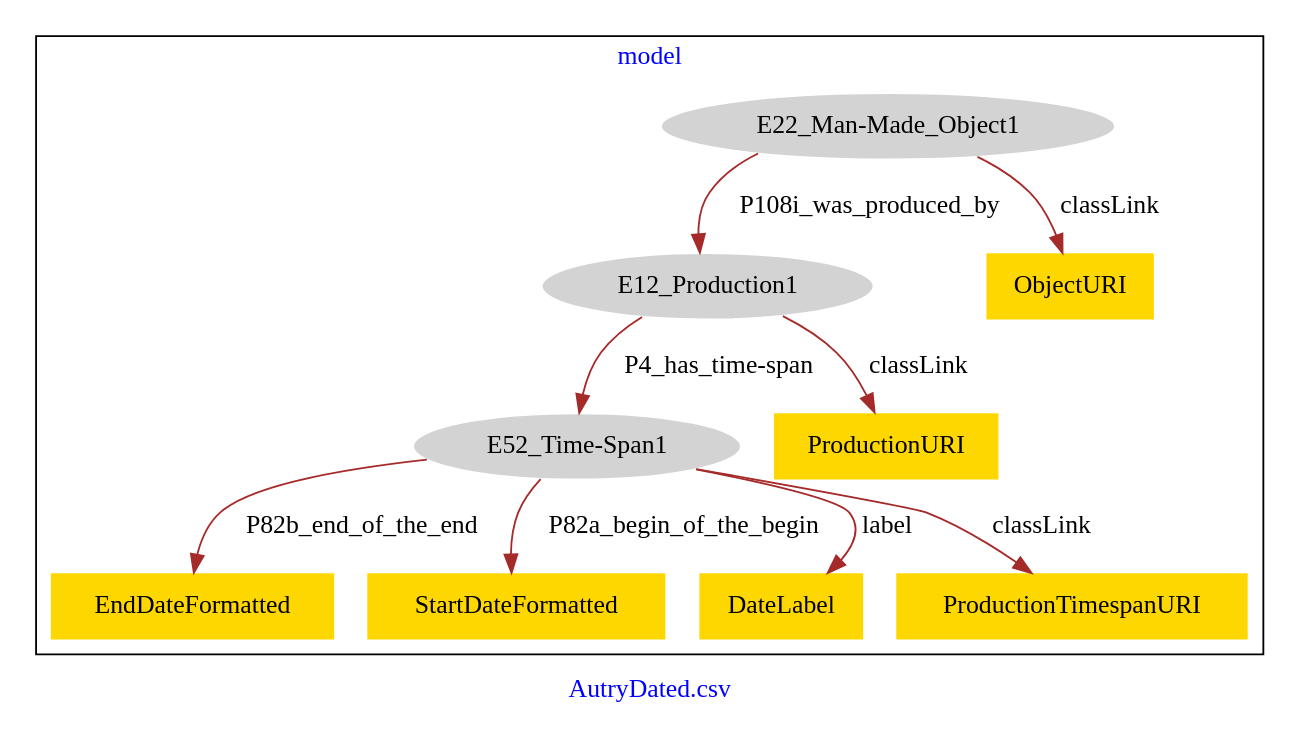
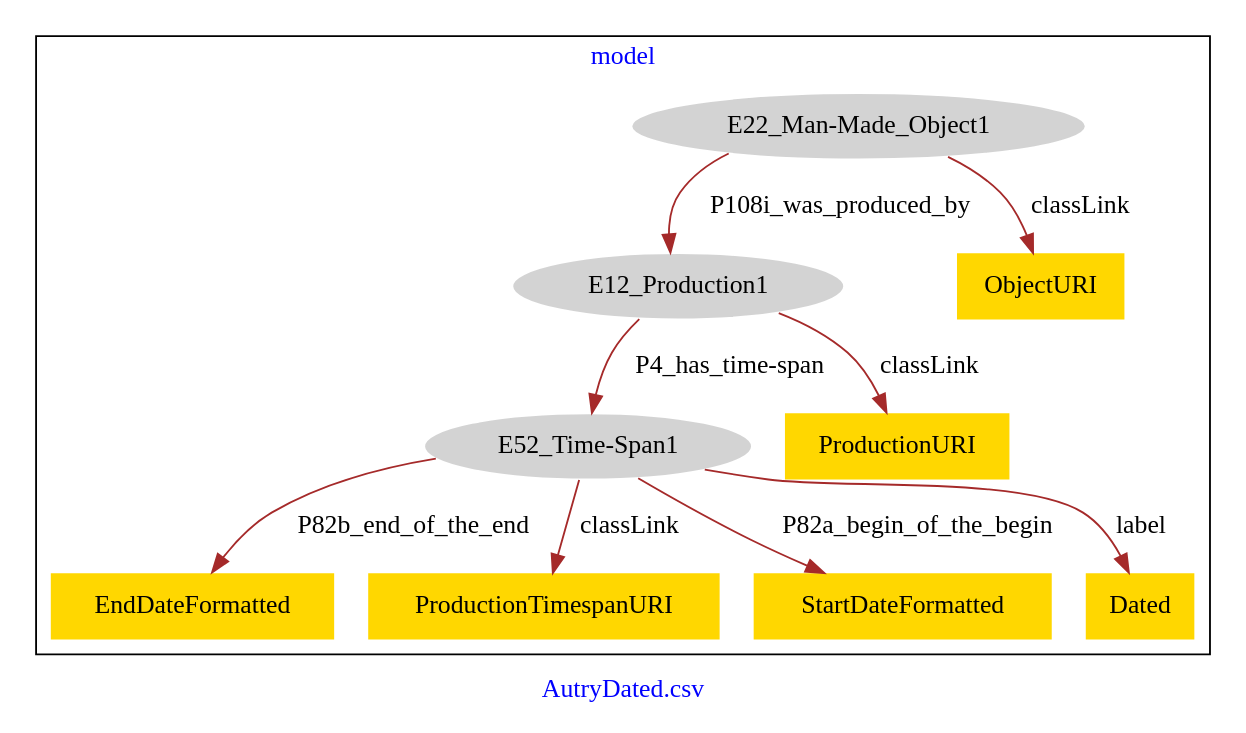
The diagram in AutryDated/AutryDated-model.dot (american-art/autry), drawn with Graphviz before and after one commit.

Commit message:
Update file AutryDated-model.dot

```diff
--- a/AutryDated/AutryDated-model.dot
+++ b/AutryDated/AutryDated-model.dot
@@ -1,25 +1,25 @@
 digraph n0 {
 fontcolor="blue"
 remincross="true"
 label="AutryDated.csv"
 subgraph cluster {
 label="model"
 n2[style="filled",color="white",fillcolor="lightgray",label="E12_Production1"];
 n3[style="filled",color="white",fillcolor="lightgray",label="E52_Time-Span1"];
 n4[style="filled",color="white",fillcolor="lightgray",label="E22_Man-Made_Object1"];
-n5[shape="plaintext",style="filled",fillcolor="gold",label="EndDateFormatted"];
-n6[shape="plaintext",style="filled",fillcolor="gold",label="StartDateFormatted"];
-n7[shape="plaintext",style="filled",fillcolor="gold",label="DateLabel"];
-n8[shape="plaintext",style="filled",fillcolor="gold",label="ProductionURI"];
-n9[shape="plaintext",style="filled",fillcolor="gold",label="ObjectURI"];
-n10[shape="plaintext",style="filled",fillcolor="gold",label="ProductionTimespanURI"];
+n5[shape="plaintext",style="filled",fillcolor="gold",label="ObjectURI"];
+n6[shape="plaintext",style="filled",fillcolor="gold",label="EndDateFormatted"];
+n7[shape="plaintext",style="filled",fillcolor="gold",label="ProductionTimespanURI"];
+n8[shape="plaintext",style="filled",fillcolor="gold",label="StartDateFormatted"];
+n9[shape="plaintext",style="filled",fillcolor="gold",label="Dated"];
+n10[shape="plaintext",style="filled",fillcolor="gold",label="ProductionURI"];
 }
 n2 -> n3[color="brown",fontcolor="black",label="P4_has_time-span"]
 n4 -> n2[color="brown",fontcolor="black",label="P108i_was_produced_by"]
-n3 -> n5[color="brown",fontcolor="black",label="P82b_end_of_the_end"]
-n3 -> n6[color="brown",fontcolor="black",label="P82a_begin_of_the_begin"]
-n3 -> n7[color="brown",fontcolor="black",label="label"]
-n2 -> n8[color="brown",fontcolor="black",label="classLink"]
-n4 -> n9[color="brown",fontcolor="black",label="classLink"]
-n3 -> n10[color="brown",fontcolor="black",label="classLink"]
+n4 -> n5[color="brown",fontcolor="black",label="classLink"]
+n3 -> n6[color="brown",fontcolor="black",label="P82b_end_of_the_end"]
+n3 -> n7[color="brown",fontcolor="black",label="classLink"]
+n3 -> n8[color="brown",fontcolor="black",label="P82a_begin_of_the_begin"]
+n3 -> n9[color="brown",fontcolor="black",label="label"]
+n2 -> n10[color="brown",fontcolor="black",label="classLink"]
 }
```
